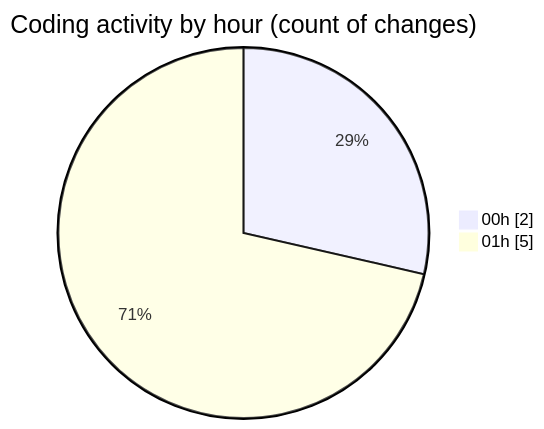
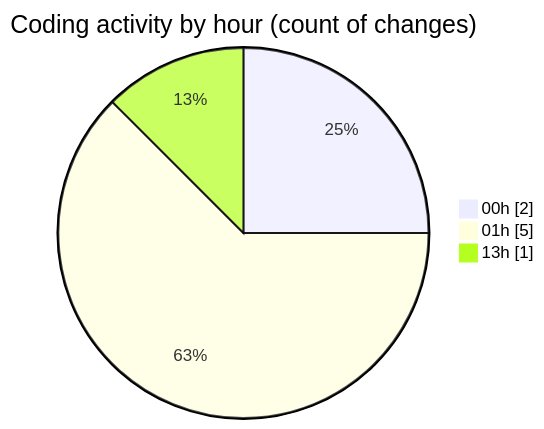
One commit to donsfak/code-tracking changed the second of 2 diagrams in 2025-01-09/maps_clone/README.md. Above: the diagram before and after it, drawn with Mermaid. The commit also changed other lines of this file and 1 other file, not shown here.

````diff
--- a/2025-01-09/maps_clone/README.md
+++ b/2025-01-09/maps_clone/README.md
@@ -30,6 +32,7 @@
 ```mermaid
 pie showData
 title Coding activity by hour (count of changes)
 "00h" : 2
 "01h" : 5
+"13h" : 1
 ```
````
